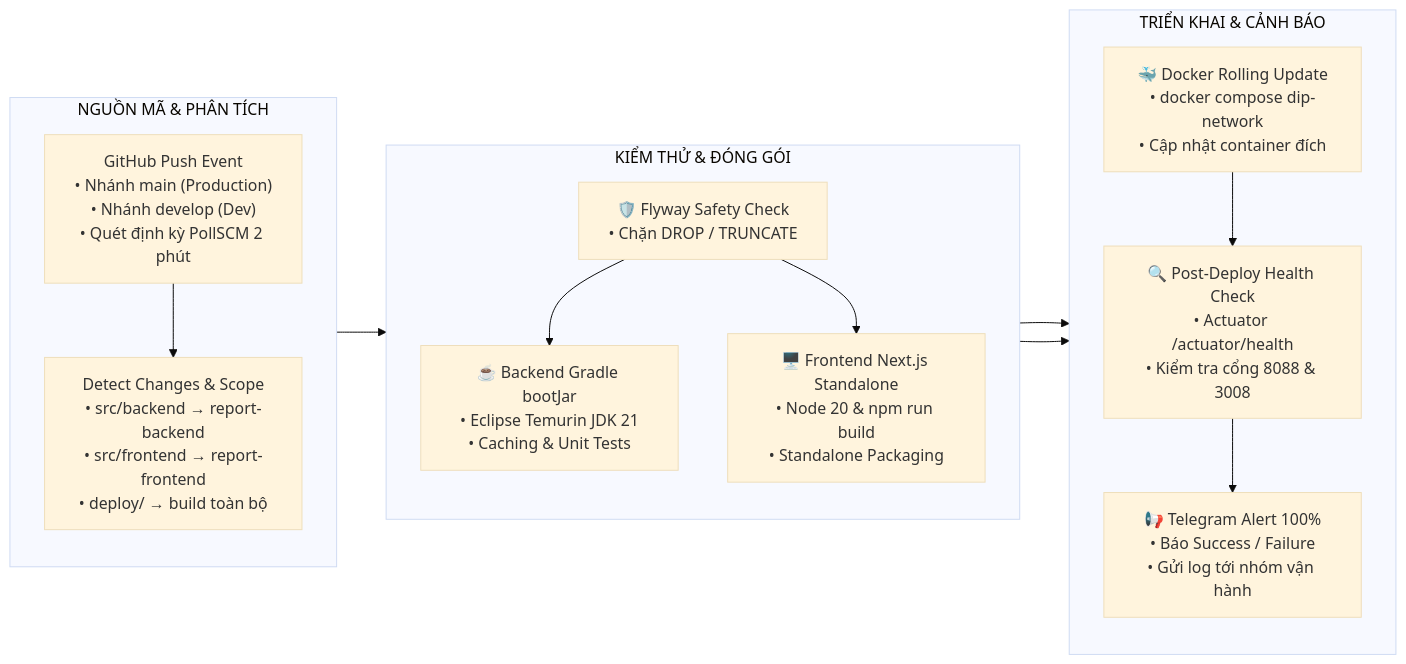
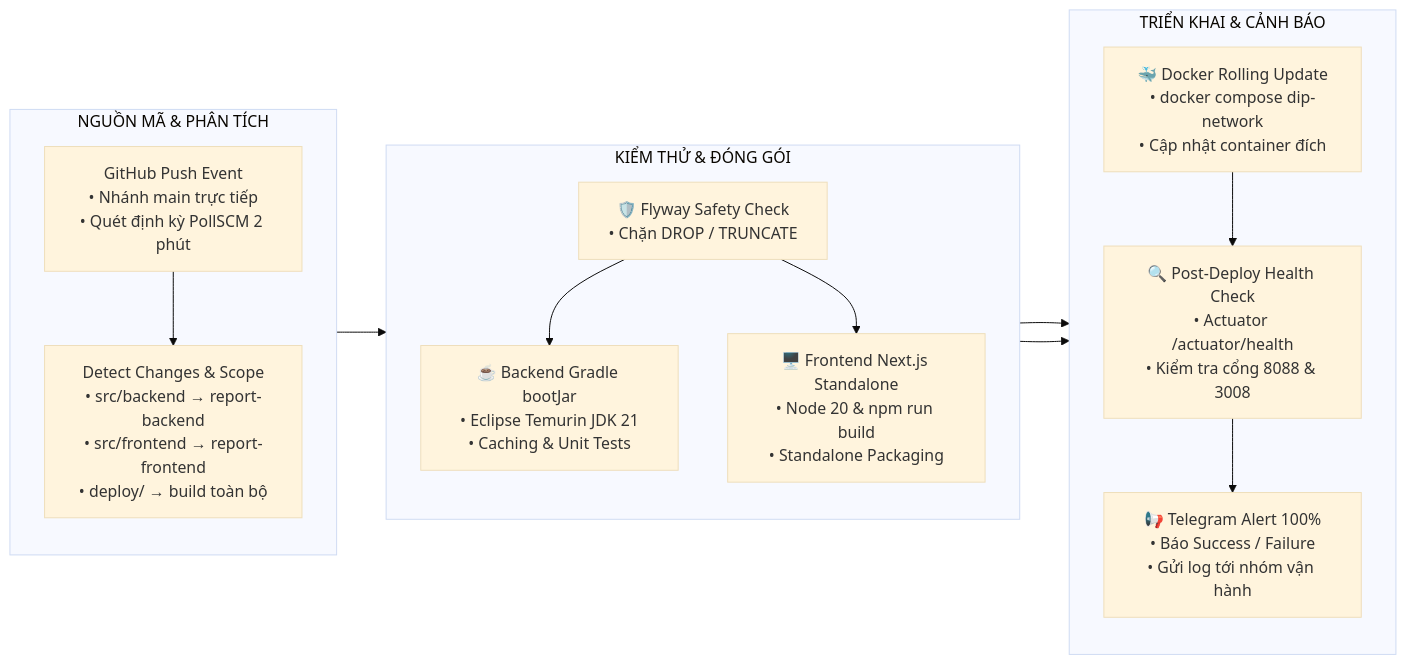
One commit to chapisoft/micro-report changed the second of 2 diagrams in deploy/DEPLOYMENT_PLAN_DIP.md. Above: the diagram before and after it, drawn with Mermaid (base theme). The commit also changed 6 other files, not shown here.

````diff
--- a/deploy/DEPLOYMENT_PLAN_DIP.md
+++ b/deploy/DEPLOYMENT_PLAN_DIP.md
@@ -166,31 +166,31 @@
 ```mermaid
 flowchart LR
     subgraph S_SRC ["NGUỒN MÃ & PHÂN TÍCH"]
         direction TB
-        GitPush["GitHub Push Event<br/>• Nhánh main (Production)<br/>• Nhánh develop (Dev)<br/>• Quét định kỳ PollSCM 2 phút"]
+        GitPush["GitHub Push Event<br/>• Nhánh main trực tiếp<br/>• Quét định kỳ PollSCM 2 phút"]
         DetectScope["Detect Changes & Scope<br/>• src/backend → report-backend<br/>• src/frontend → report-frontend<br/>• deploy/ → build toàn bộ"]
         GitPush --> DetectScope
     end
 
     subgraph S_STAGE ["KIỂM THỬ & ĐÓNG GÓI"]
         direction TB
         SafeMigration["🛡️ Flyway Safety Check<br/>• Chặn DROP / TRUNCATE"]
         BE_Pack["☕ Backend Gradle bootJar<br/>• Eclipse Temurin JDK 21<br/>• Caching & Unit Tests"]
         FE_Pack["🖥️ Frontend Next.js Standalone<br/>• Node 20 & npm run build<br/>• Standalone Packaging"]
         SafeMigration --> BE_Pack
         SafeMigration --> FE_Pack
     end
 
     subgraph S_OPS ["TRIỂN KHAI & CẢNH BÁO"]
         direction TB
         DockerRolling["🐳 Docker Rolling Update<br/>• docker compose dip-network<br/>• Cập nhật container đích"]
         HealthVerif["🔍 Post-Deploy Health Check<br/>• Actuator /actuator/health<br/>• Kiểm tra cổng 8088 & 3008"]
         TelegramNotice["📢 Telegram Alert 100%<br/>• Báo Success / Failure<br/>• Gửi log tới nhóm vận hành"]
         DockerRolling --> HealthVerif
         HealthVerif --> TelegramNotice
     end
 
     DetectScope --> SafeMigration
     BE_Pack --> DockerRolling
     FE_Pack --> DockerRolling
 ```
````
